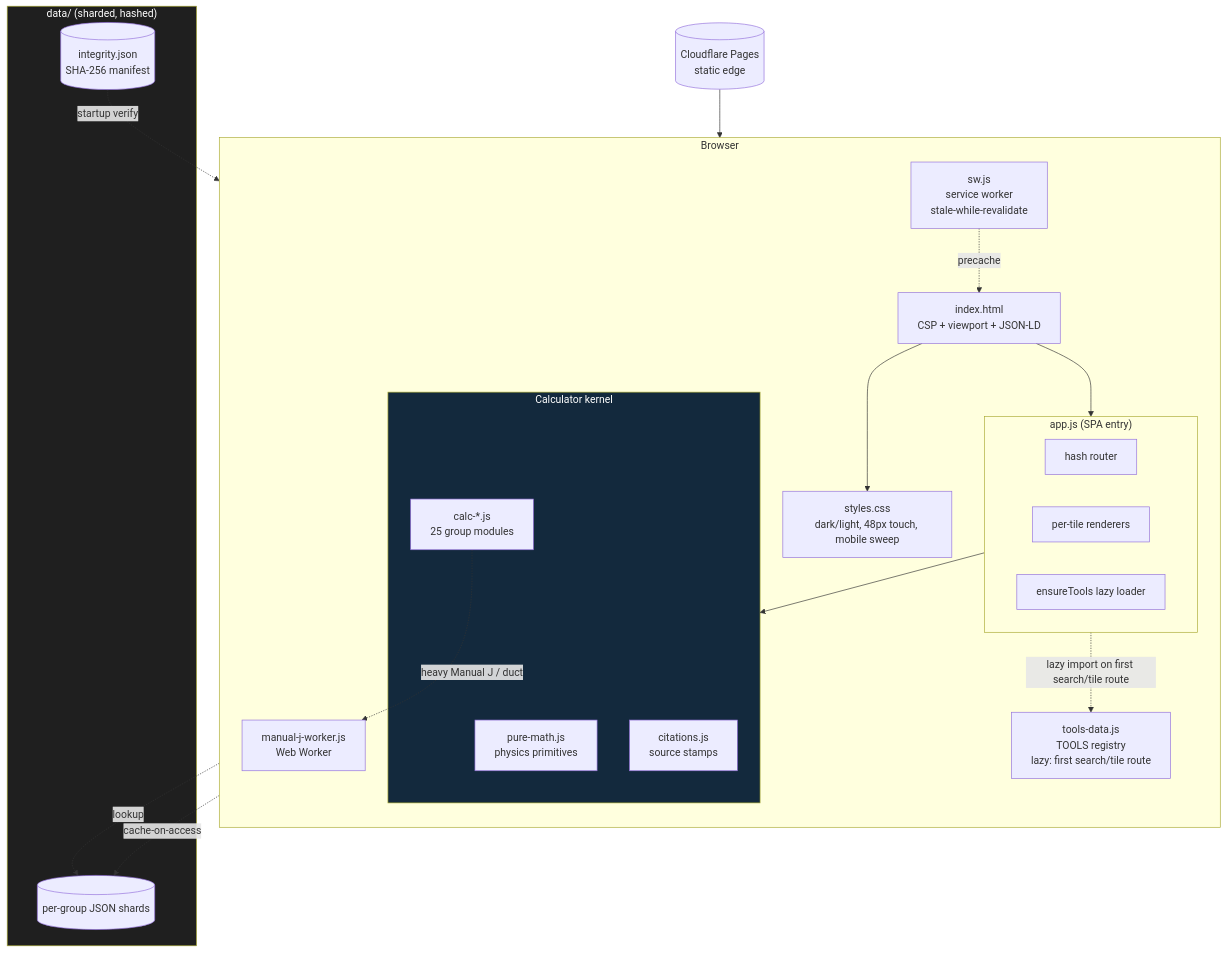
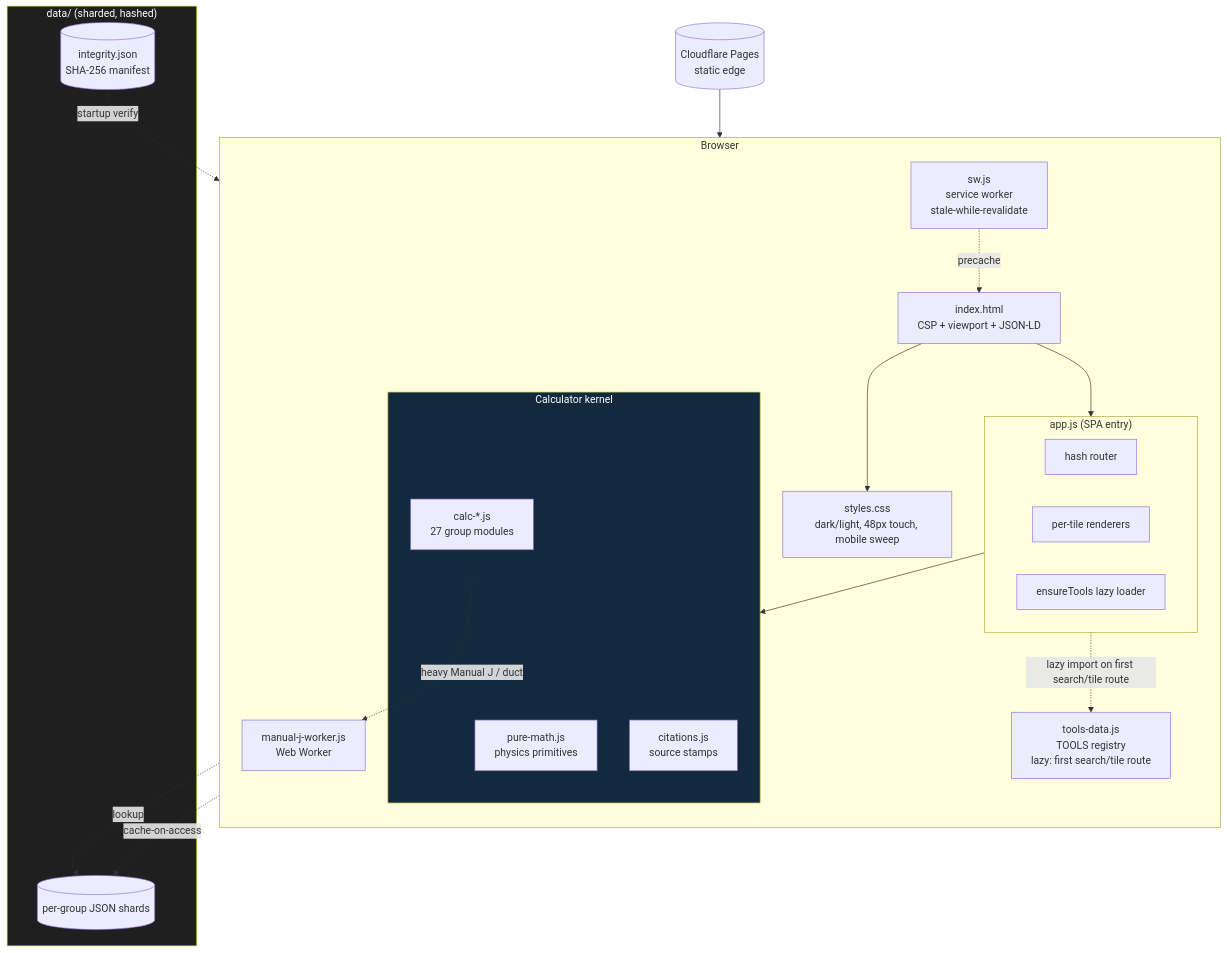
One commit to clay-good/roughlogic.com changed the second of 6 diagrams in README.md. Above: the diagram before and after it, drawn with Mermaid. The commit also changed other lines of this file and 4 other files, not shown here.

First line of the commit message:
docs: resync README + architecture/performance/deployment to the post-v30 catalog

````diff
--- a/README.md
+++ b/README.md
@@ -77,39 +77,39 @@
 ```mermaid
 flowchart TB
     subgraph Browser
         direction TB
         HTML[index.html\nCSP + viewport + JSON-LD]
         CSS[styles.css\ndark/light, 48px touch, mobile sweep]
         subgraph App["app.js (SPA entry)"]
             ROUTE[hash router]
             RENDER[per-tile renderers]
             ENSURE[ensureTools lazy loader]
         end
         TOOLS[tools-data.js\nTOOLS registry\nlazy: first search/tile route]
         subgraph Calc["Calculator kernel"]
             PM[pure-math.js\nphysics primitives]
-            CALC[calc-*.js\n25 group modules]
+            CALC[calc-*.js\n27 group modules]
             CIT[citations.js\nsource stamps]
         end
         SW[sw.js\nservice worker\nstale-while-revalidate]
         WORKER[manual-j-worker.js\nWeb Worker]
     end
     subgraph Data["data/ (sharded, hashed)"]
         SHARDS[(per-group JSON shards)]
         INTEG[(integrity.json\nSHA-256 manifest)]
     end
     CDN[(Cloudflare Pages\nstatic edge)]
 
     CDN --> HTML
     HTML --> CSS
     HTML --> App
     App -.lazy import on first search/tile route.-> TOOLS
     App --> Calc
     CALC -.->|heavy Manual J / duct| WORKER
     CALC -.->|lookup| SHARDS
     SW -.precache.-> HTML
     SW -.cache-on-access.-> SHARDS
     INTEG -.startup verify.-> App
     style Calc fill:#13293d,color:#fff
     style Data fill:#1f1f1f,color:#fff
 ```
````
